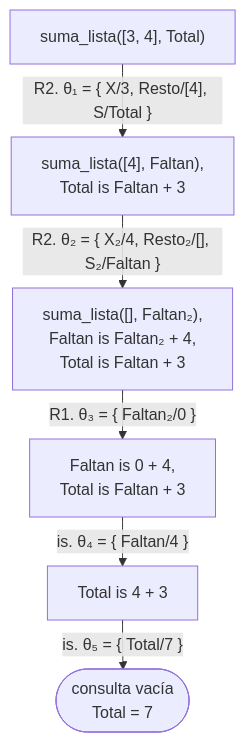
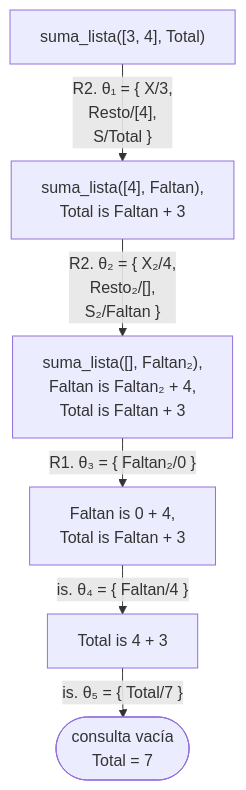
One commit to CesarBallardini/curso-de-prolog changed the sixth of 8 diagrams in docs/capitulo-08-aritmetica/index.md. Above: the diagram before and after it, drawn with Mermaid. The commit also changed other lines of this file and 24 other files, not shown here.

First line of the commit message:
feat(docs): botones para ocultar las columnas laterales y etiquetas cortas en los diagramas

````diff
--- a/docs/capitulo-08-aritmetica/index.md
+++ b/docs/capitulo-08-aritmetica/index.md
@@ -512,9 +512,9 @@
 ```mermaid
 %%{init: {"flowchart": {"rankSpacing": 25}}}%%
 flowchart TD
-    A["suma_lista([3, 4], Total)"] -- "R2. θ₁ = {&nbsp;X/3, Resto/[4], S/Total&nbsp;}" --> B["suma_lista([4], Faltan),<br/>Total is Faltan + 3"]
-    B -- "R2. θ₂ = {&nbsp;X₂/4, Resto₂/[], S₂/Faltan&nbsp;}" --> C["suma_lista([], Faltan₂),<br/>Faltan is Faltan₂ + 4,<br/>Total is Faltan + 3"]
+    A["suma_lista([3, 4], Total)"] -- "R2. θ₁ = {&nbsp;X/3,<br/>Resto/[4],<br/>S/Total&nbsp;}" --> B["suma_lista([4], Faltan),<br/>Total is Faltan + 3"]
+    B -- "R2. θ₂ = {&nbsp;X₂/4,<br/>Resto₂/[],<br/>S₂/Faltan&nbsp;}" --> C["suma_lista([], Faltan₂),<br/>Faltan is Faltan₂ + 4,<br/>Total is Faltan + 3"]
     C -- "R1. θ₃ = {&nbsp;Faltan₂/0&nbsp;}" --> D["Faltan is 0 + 4,<br/>Total is Faltan + 3"]
     D -- "is. θ₄ = {&nbsp;Faltan/4&nbsp;}" --> E["Total is 4 + 3"]
     E -- "is. θ₅ = {&nbsp;Total/7&nbsp;}" --> S(["consulta vacía<br/>Total = 7"])
 ```
````
